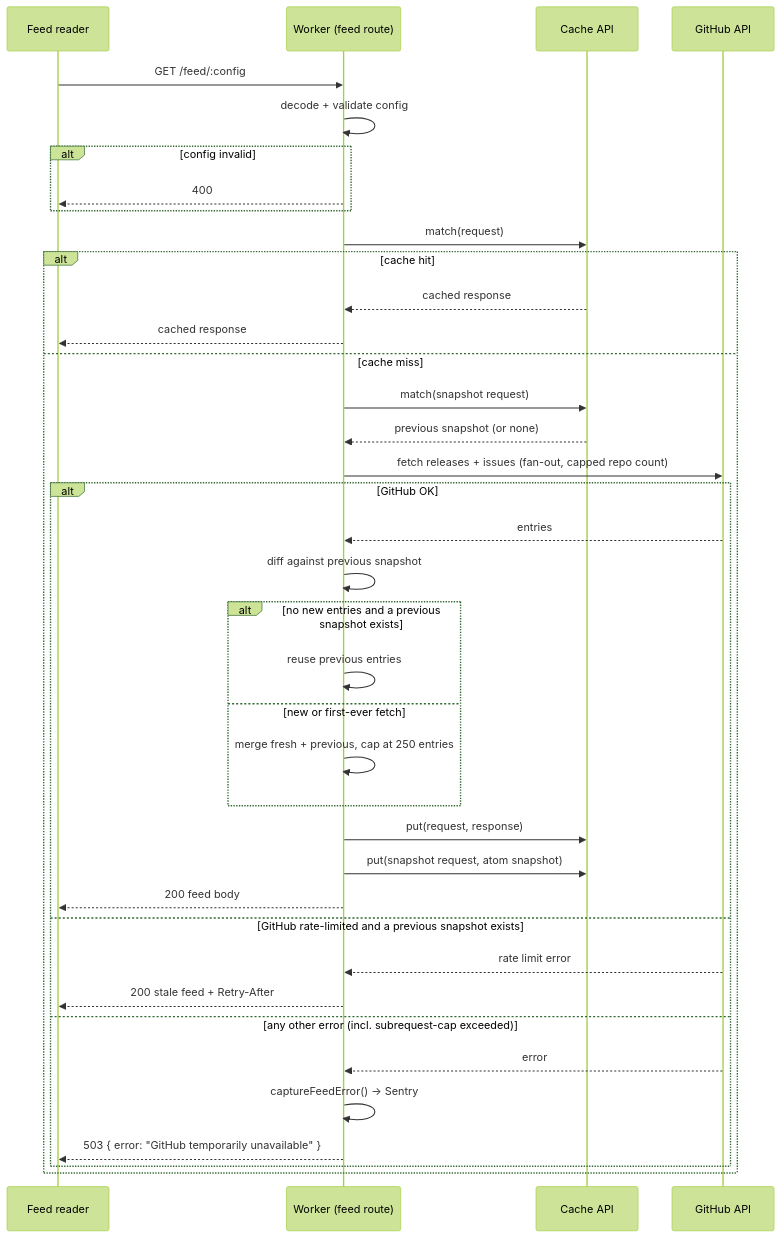
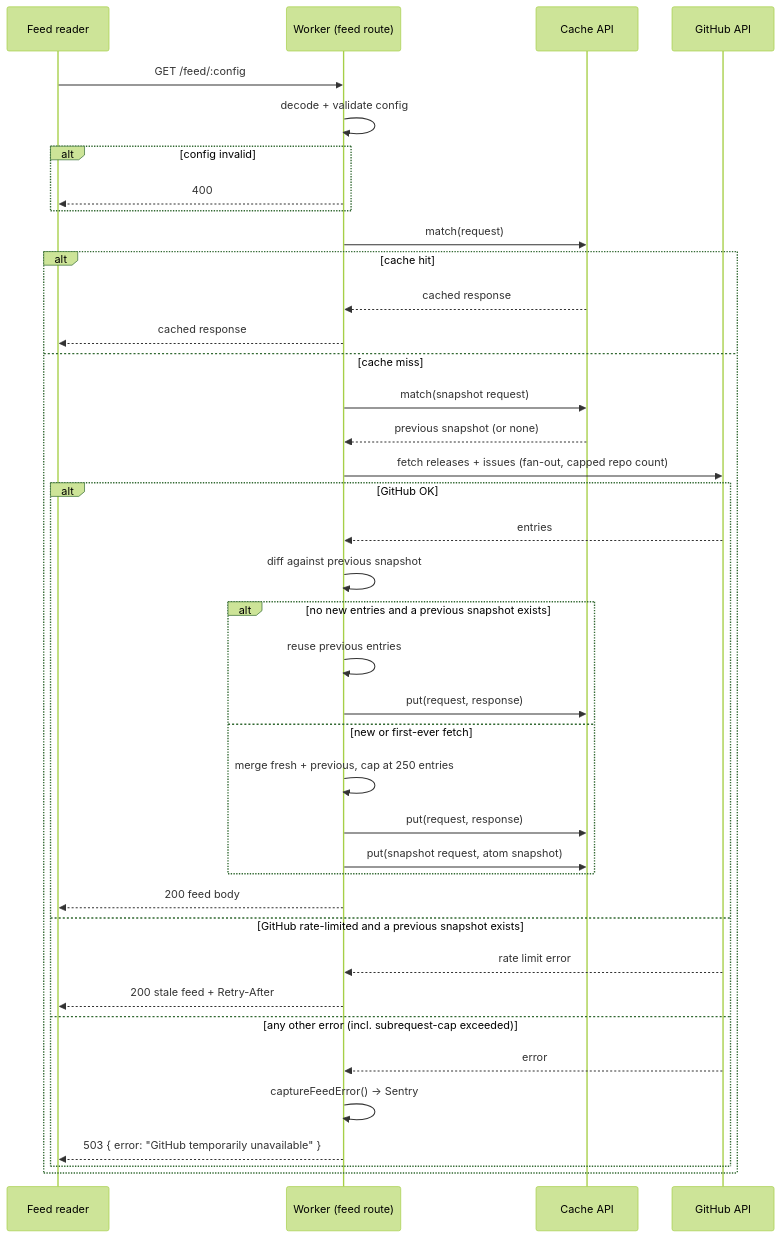
The second of 4 diagrams in docs/ARCHITECTURE.md (schalkneethling/ossreleasefeed-v2), drawn with Mermaid (forest theme) before and after one commit. The commit also changed other lines of this file, not shown here.

Commit message:
Clarify API CORS behavior and cache snapshot flow

````diff
--- a/docs/ARCHITECTURE.md
+++ b/docs/ARCHITECTURE.md
@@ -52,43 +53,44 @@
 ```mermaid
 sequenceDiagram
     participant R as Feed reader
     participant W as Worker (feed route)
     participant C as Cache API
     participant G as GitHub API
 
     R->>W: GET /feed/:config
     W->>W: decode + validate config
     alt config invalid
         W-->>R: 400
     end
 
     W->>C: match(request)
     alt cache hit
         C-->>W: cached response
         W-->>R: cached response
     else cache miss
         W->>C: match(snapshot request)
         C-->>W: previous snapshot (or none)
 
         W->>G: fetch releases + issues (fan-out, capped repo count)
         alt GitHub OK
             G-->>W: entries
             W->>W: diff against previous snapshot
             alt no new entries and a previous snapshot exists
                 W->>W: reuse previous entries
+                W->>C: put(request, response)
             else new or first-ever fetch
                 W->>W: merge fresh + previous, cap at 250 entries
+                W->>C: put(request, response)
+                W->>C: put(snapshot request, atom snapshot)
             end
-            W->>C: put(request, response)
-            W->>C: put(snapshot request, atom snapshot)
             W-->>R: 200 feed body
         else GitHub rate-limited and a previous snapshot exists
             G-->>W: rate limit error
             W-->>R: 200 stale feed + Retry-After
         else any other error (incl. subrequest-cap exceeded)
             G-->>W: error
             W->>W: captureFeedError() → Sentry
             W-->>R: 503 { error: "GitHub temporarily unavailable" }
         end
     end
 ```
````
